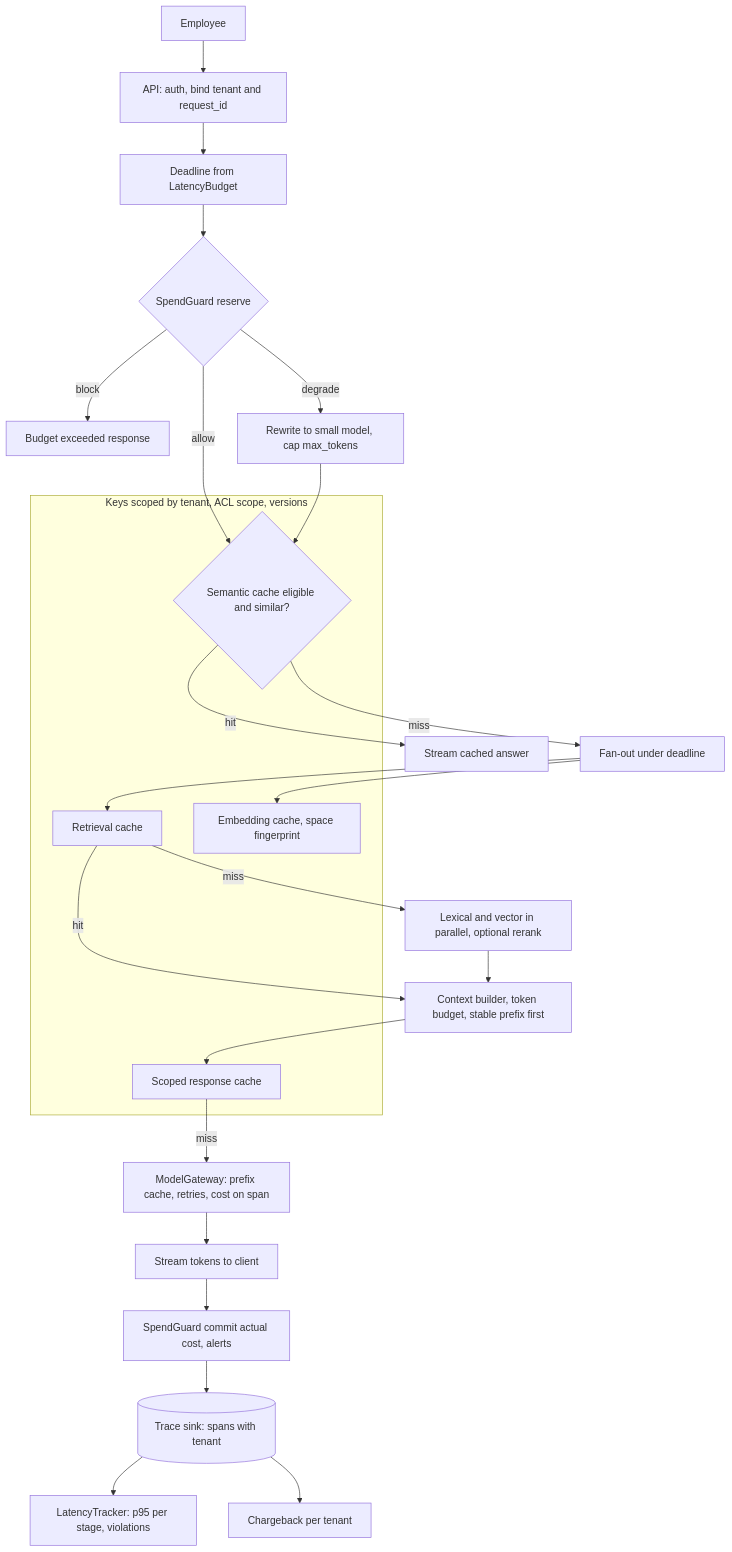
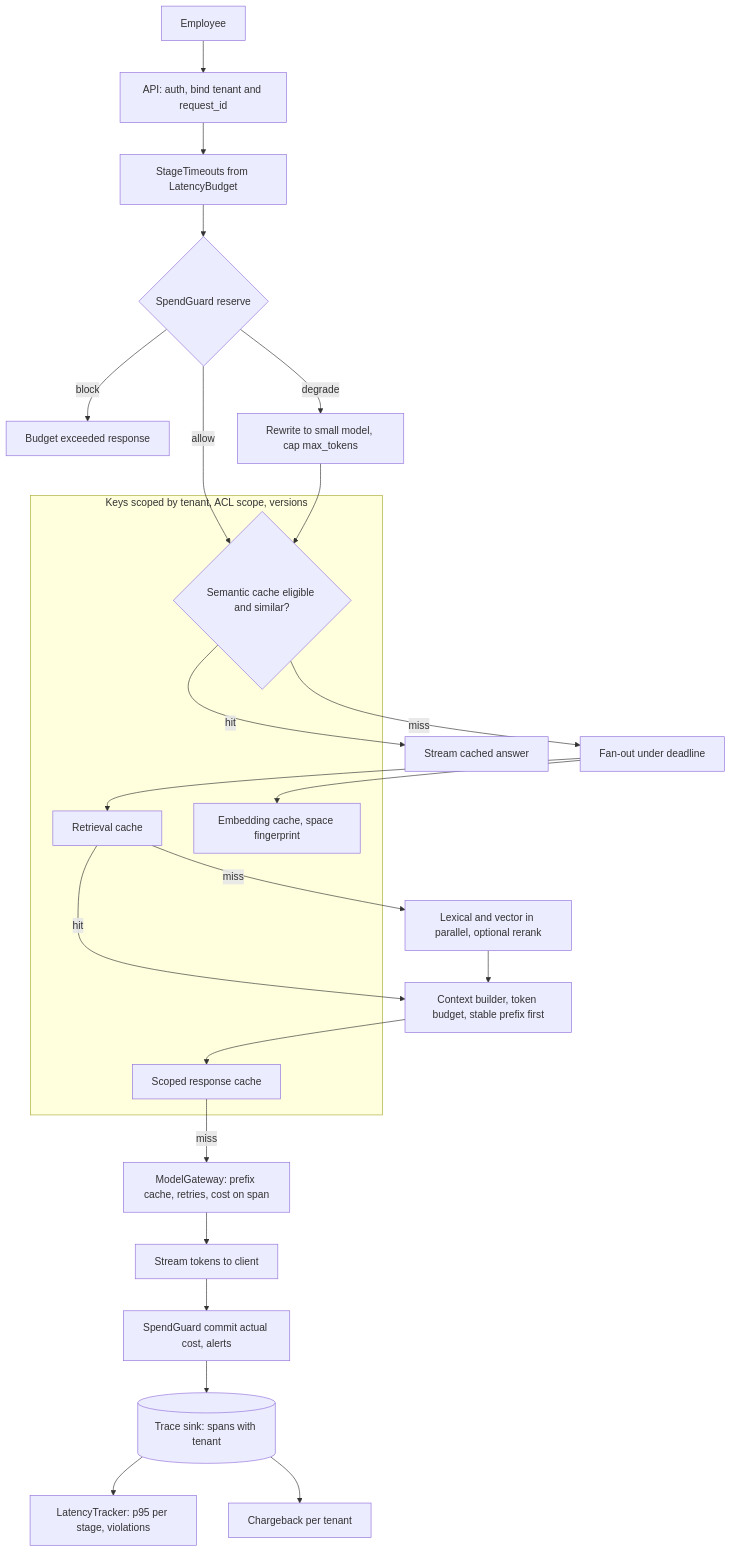
Before and after one commit to XayyamSadigov/ai-engineering-book: the first of 3 diagrams in book/chapters/30-performance-and-cost-engineering.md, drawn with Mermaid. The commit also changed other lines of this file and 4 other files, not shown here.

First line of the commit message:
Rename the Chapter 30 per-stage timeout helper to StageTimeouts

````diff
--- a/book/chapters/30-performance-and-cost-engineering.md
+++ b/book/chapters/30-performance-and-cost-engineering.md
@@ -246,30 +246,30 @@
 ```mermaid
 flowchart TD
     U[Employee] --> API["API: auth, bind tenant and request_id"]
-    API --> DL["Deadline from LatencyBudget"]
+    API --> DL["StageTimeouts from LatencyBudget"]
     DL --> SG{"SpendGuard reserve"}
     SG -- block --> E429["Budget exceeded response"]
     SG -- degrade --> DG["Rewrite to small model, cap max_tokens"]
     SG -- allow --> SC
     DG --> SC
     subgraph Scope["Keys scoped by tenant, ACL scope, versions"]
         SC{"Semantic cache eligible and similar?"}
         RC["Retrieval cache"]
         EC["Embedding cache, space fingerprint"]
         RESP["Scoped response cache"]
     end
     SC -- hit --> OUT[Stream cached answer]
     SC -- miss --> FO["Fan-out under deadline"]
     FO --> EC
     FO --> RC
     RC -- miss --> SEARCH["Lexical and vector in parallel, optional rerank"]
     SEARCH --> CB["Context builder, token budget, stable prefix first"]
     RC -- hit --> CB
     CB --> RESP
     RESP -- miss --> GW["ModelGateway: prefix cache, retries, cost on span"]
     GW --> STREAM[Stream tokens to client]
     STREAM --> COMMIT["SpendGuard commit actual cost, alerts"]
     COMMIT --> TR[("Trace sink: spans with tenant")]
     TR --> LT["LatencyTracker: p95 per stage, violations"]
     TR --> CHG["Chargeback per tenant"]
 ```
````
